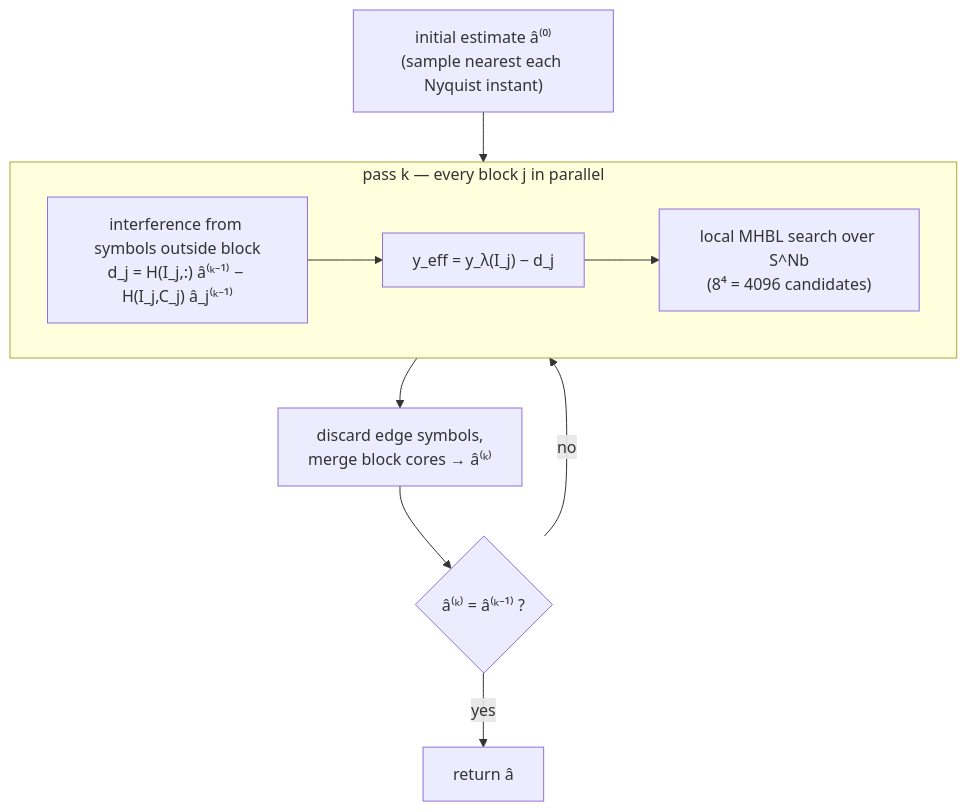
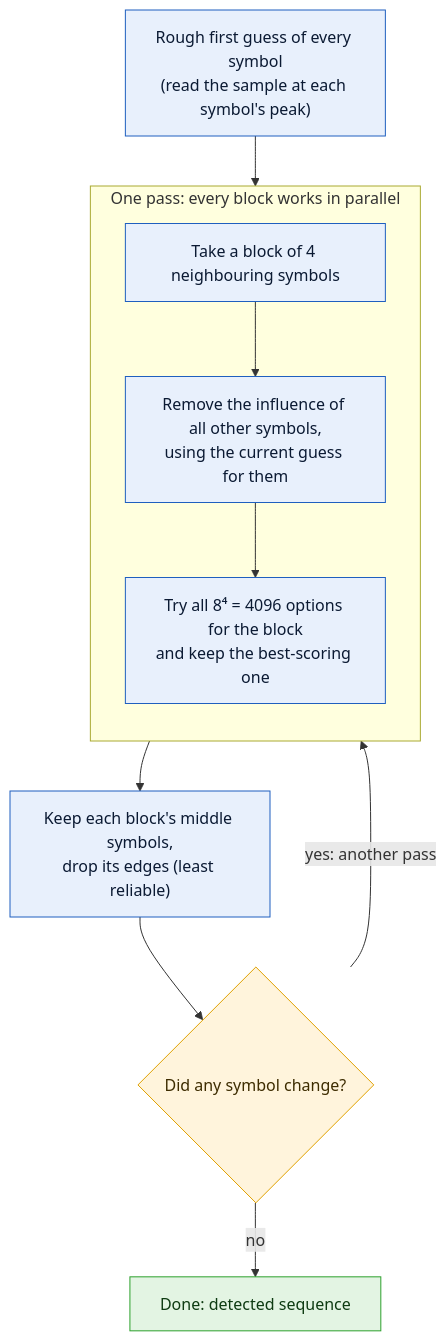
Before and after one commit to krunalvaghela1262-eng/MF-ADC-COMMUNICATIONS: the second of 3 diagrams in README.md, drawn with Mermaid. The commit also changed other lines of this file, not shown here.

First line of the commit message:
README: plain-language explanations, dark-mode-safe diagrams

````diff
--- a/README.md
+++ b/README.md
@@ -109,12 +105,19 @@
 ```mermaid
 flowchart TD
-    I["initial estimate â⁽⁰⁾<br/>(sample nearest each Nyquist instant)"] --> P
-    subgraph P["pass k — every block j in parallel"]
-        D["interference from symbols outside block<br/>d_j = H(I_j,:) â⁽ᵏ⁻¹⁾ − H(I_j,C_j) â_j⁽ᵏ⁻¹⁾"] --> E["y_eff = y_λ(I_j) − d_j"]
-        E --> F["local MHBL search over S^Nb<br/>(8⁴ = 4096 candidates)"]
+    I["Rough first guess of every symbol<br/>(read the sample at each symbol's peak)"] --> P
+    subgraph P["One pass: every block works in parallel"]
+        direction TB
+        D["Take a block of 4 neighbouring symbols"] --> E["Remove the influence of all other symbols,<br/>using the current guess for them"]
+        E --> F["Try all 8⁴ = 4096 options for the block<br/>and keep the best-scoring one"]
     end
-    P --> M["discard edge symbols,<br/>merge block cores → â⁽ᵏ⁾"]
-    M --> C{"â⁽ᵏ⁾ = â⁽ᵏ⁻¹⁾ ?"}
-    C -- no --> P
-    C -- yes --> O["return â"]
+    P --> M["Keep each block's middle symbols,<br/>drop its edges (least reliable)"]
+    M --> C{"Did any symbol change?"}
+    C -- "yes: another pass" --> P
+    C -- "no" --> O["Done: detected sequence"]
+    classDef step fill:#e8f0fc,stroke:#1f5fbf,color:#0b1a33
+    classDef done fill:#e3f4e3,stroke:#2ca02c,color:#0e3b12
+    classDef ask fill:#fff4dc,stroke:#e0a100,color:#3d2c00
+    class I,D,E,F,M step
+    class O done
+    class C ask
 ```
````
